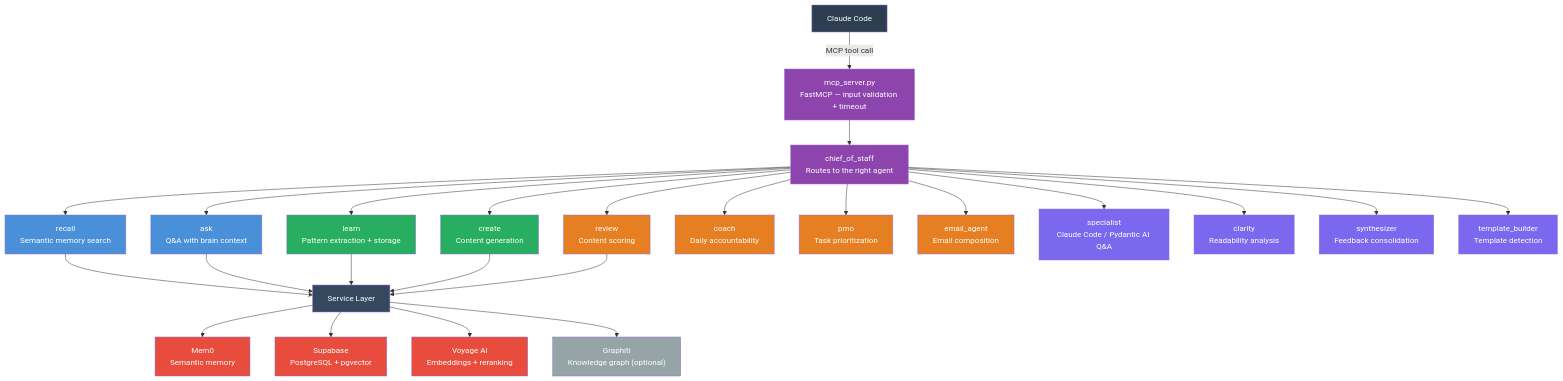
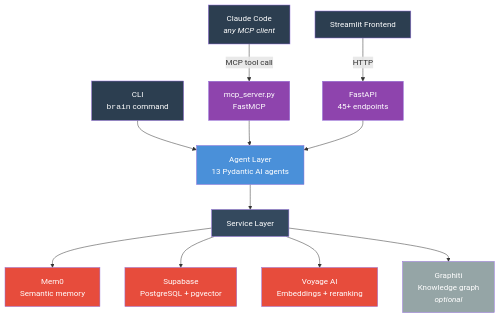
Before and after one commit to ryanjosebrosas/second-brain-ultimatum: the first of 7 diagrams in README.md, drawn with Mermaid. The commit also changed other lines of this file and 31 other files, not shown here.

First line of the commit message:
feat(frontend,docs): pages code review fixes + README strategic rewrite

````diff
--- a/README.md
+++ b/README.md
@@ -21,50 +95,28 @@
 ```mermaid
 graph TD
-    CC["Claude Code"] -->|"MCP tool call"| MCP["mcp_server.py<br/>FastMCP — input validation + timeout"]
-    MCP --> COS["chief_of_staff<br/>Routes to the right agent"]
+    CC["Claude Code<br/><i>any MCP client</i>"] -->|"MCP tool call"| MCP["mcp_server.py<br/>FastMCP"]
+    ST["Streamlit Frontend"] -->|"HTTP"| API["FastAPI<br/>45+ endpoints"]
+    CLI["CLI<br/><code>brain</code> command"] --> AGENTS
 
-    COS --> RECALL["recall<br/>Semantic memory search"]
-    COS --> ASK["ask<br/>Q&A with brain context"]
-    COS --> LEARN["learn<br/>Pattern extraction + storage"]
-    COS --> CREATE["create<br/>Content generation"]
-    COS --> REVIEW["review<br/>Content scoring"]
-    COS --> COACH["coach<br/>Daily accountability"]
-    COS --> PMO["pmo<br/>Task prioritization"]
-    COS --> EMAIL["email_agent<br/>Email composition"]
-    COS --> SPEC["specialist<br/>Claude Code / Pydantic AI Q&A"]
-    COS --> CLARITY["clarity<br/>Readability analysis"]
-    COS --> SYNTH["synthesizer<br/>Feedback consolidation"]
-    COS --> TB["template_builder<br/>Template detection"]
+    MCP --> AGENTS["Agent Layer<br/>13 Pydantic AI agents"]
+    API --> AGENTS
 
-    RECALL --> SVC["Service Layer"]
-    ASK --> SVC
-    LEARN --> SVC
-    CREATE --> SVC
-    REVIEW --> SVC
+    AGENTS --> SVC["Service Layer"]
 
     SVC --> MEM0["Mem0<br/>Semantic memory"]
     SVC --> SB["Supabase<br/>PostgreSQL + pgvector"]
     SVC --> VAI["Voyage AI<br/>Embeddings + reranking"]
-    SVC --> GR["Graphiti<br/>Knowledge graph (optional)"]
+    SVC --> GR["Graphiti<br/>Knowledge graph<br/><i>optional</i>"]
 
     style CC fill:#2c3e50,color:#fff
+    style ST fill:#2c3e50,color:#fff
+    style CLI fill:#2c3e50,color:#fff
     style MCP fill:#8e44ad,color:#fff
-    style COS fill:#8e44ad,color:#fff
-    style RECALL fill:#4a90d9,color:#fff
-    style ASK fill:#4a90d9,color:#fff
-    style LEARN fill:#27ae60,color:#fff
-    style CREATE fill:#27ae60,color:#fff
-    style REVIEW fill:#e67e22,color:#fff
-    style COACH fill:#e67e22,color:#fff
-    style PMO fill:#e67e22,color:#fff
-    style EMAIL fill:#e67e22,color:#fff
-    style SPEC fill:#7b68ee,color:#fff
-    style CLARITY fill:#7b68ee,color:#fff
-    style SYNTH fill:#7b68ee,color:#fff
-    style TB fill:#7b68ee,color:#fff
+    style API fill:#8e44ad,color:#fff
+    style AGENTS fill:#4a90d9,color:#fff
     style SVC fill:#34495e,color:#fff
     style MEM0 fill:#e74c3c,color:#fff
     style SB fill:#e74c3c,color:#fff
     style VAI fill:#e74c3c,color:#fff
     style GR fill:#95a5a6,color:#fff
 ```
````
